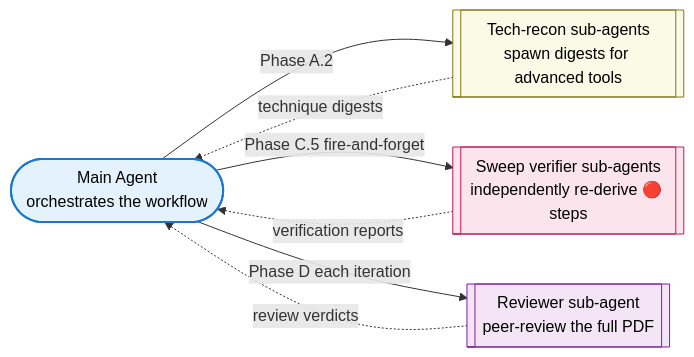
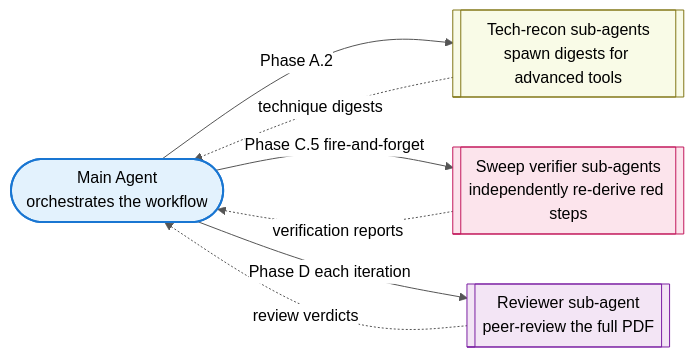
The second of 2 diagrams in README.md (ChristianYang37/DLT-Proof-Writing-Skill), drawn with Mermaid before and after one commit. The commit also changed other lines of this file and 1 other file, not shown here.

````diff
--- a/README.md
+++ b/README.md
@@ -66,18 +67,19 @@
 ```mermaid
+%%{init: {'theme':'base', 'themeVariables': {'primaryTextColor':'#000','primaryColor':'#fff','lineColor':'#555','textColor':'#000','edgeLabelBackground':'#ffffff','tertiaryTextColor':'#000','clusterTextColor':'#000','nodeTextColor':'#000'}}}%%
 flowchart LR
     Main(["Main Agent<br/>orchestrates the workflow"])
     Sub1[["Tech-recon sub-agents<br/>spawn digests for advanced tools"]]
-    Sub2[["Sweep verifier sub-agents<br/>independently re-derive 🔴 steps"]]
+    Sub2[["Sweep verifier sub-agents<br/>independently re-derive red steps"]]
     Sub3[["Reviewer sub-agent<br/>peer-review the full PDF"]]
     Main -->|"Phase A.2"| Sub1
     Main -->|"Phase C.5 fire-and-forget"| Sub2
     Main -->|"Phase D each iteration"| Sub3
     Sub1 -.->|"technique digests"| Main
     Sub2 -.->|"verification reports"| Main
     Sub3 -.->|"review verdicts"| Main
 
     style Main fill:#e3f2fd,stroke:#1976d2,stroke-width:2px,color:#000
     style Sub1 fill:#f9fbe7,stroke:#827717,color:#000
     style Sub2 fill:#fce4ec,stroke:#c2185b,color:#000
     style Sub3 fill:#f3e5f5,stroke:#7b1fa2,color:#000
 ```
````
